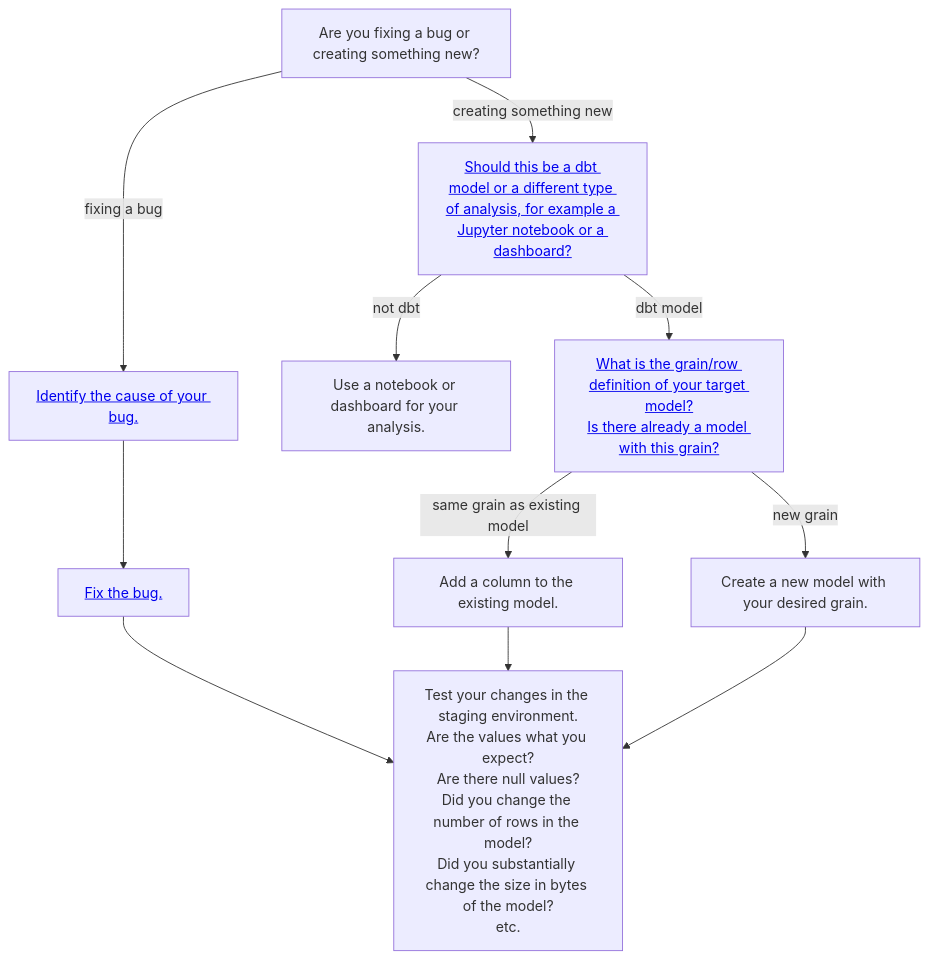
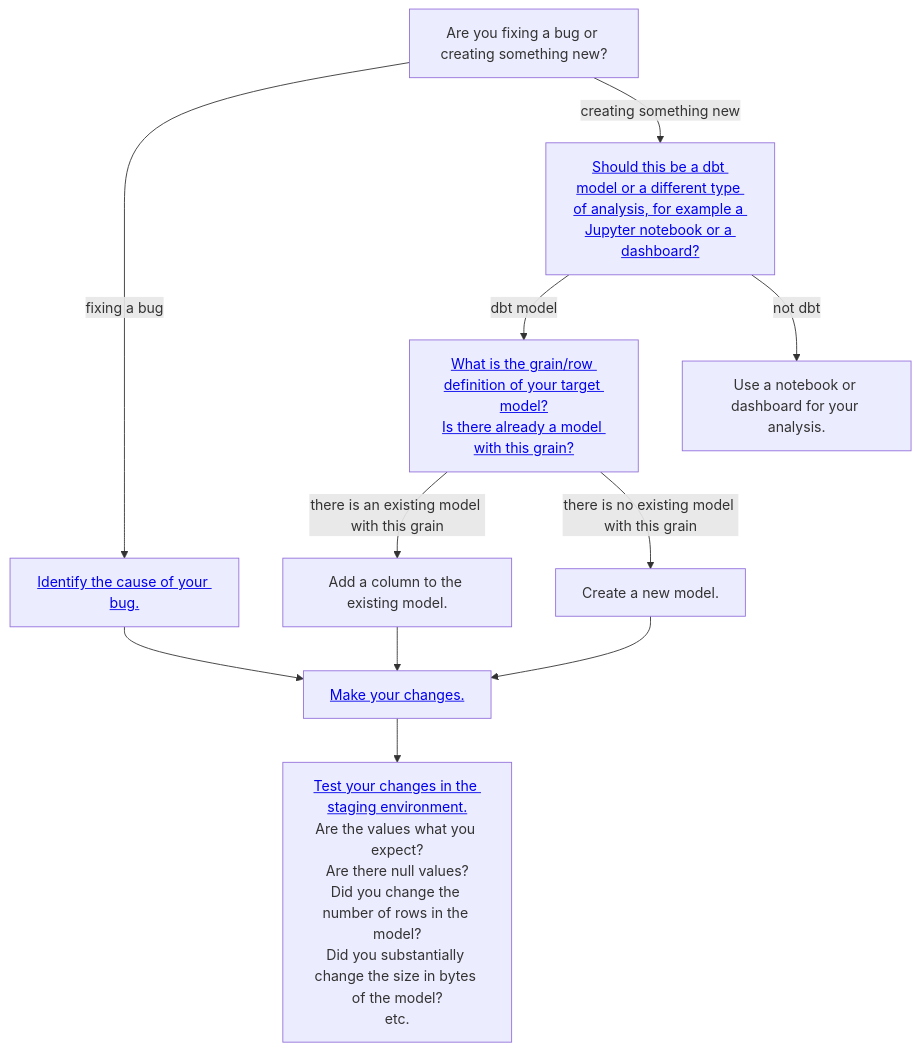
The diagram in docs/warehouse/developing_dbt_models.md (cal-itp/data-infra), drawn with Mermaid before and after one commit. The commit also changed other lines of this file, not shown here.

````diff
--- a/docs/warehouse/developing_dbt_models.md
+++ b/docs/warehouse/developing_dbt_models.md
@@ -42,24 +43,24 @@
 ```{mermaid}
 flowchart TD
 
 workflow_type[Are you fixing a bug or creating something new?]
 identify_bug[<a href='developing_dbt_models#identify-bug'>Identify the cause of your bug.</a>]
-fix_bug[<a href='developing_dbt_models#fix-bug'>Fix the bug.</a>]
+change_models[<a href='developing_dbt_models#change-models'>Make your changes.</a>]
 tool_choice[<a href='developing_dbt_models#tool-choice'>Should this be a dbt model or a different type of analysis, for example a Jupyter notebook or a dashboard?</a>]
 not_dbt[Use a notebook or dashboard for your analysis.]
 grain[<a href='developing_dbt_models#tool-choice'>What is the grain/row definition of your target model?<br>Is there already a model with this grain?</a>]
-add_column[Add a column to the existing model.]
-new_model[Create a new model with your desired grain.]
-test_changes[Test your changes in the staging environment.<br>Are the values what you expect?<br>Are there null values?<br>Did you change the number of rows in the model?<br>Did you substantially change the size in bytes of the model?<br>etc.]
+new_column[Add a column to the existing model.]
+new_model[Create a new model.]
+test_changes[<a href='developing_dbt_models#test-changes'>Test your changes in the staging environment.</a><br>Are the values what you expect?<br>Are there null values?<br>Did you change the number of rows in the model?<br>Did you substantially change the size in bytes of the model?<br>etc.]
 
 workflow_type -- fixing a bug --> identify_bug
-identify_bug --> fix_bug
-fix_bug --> test_changes
+identify_bug --> change_models
 workflow_type -- creating something new --> tool_choice
 tool_choice -- dbt model--> grain
 tool_choice -- not dbt --> not_dbt
-grain -- same grain as existing model --> add_column
-grain -- new grain --> new_model
-add_column --> test_changes
-new_model --> test_changes
+grain -- there is an existing model with this grain --> new_column
+grain -- there is no existing model with this grain --> new_model
+new_column --> change_models
+new_model --> change_models
+change_models --> test_changes
 ```
````
